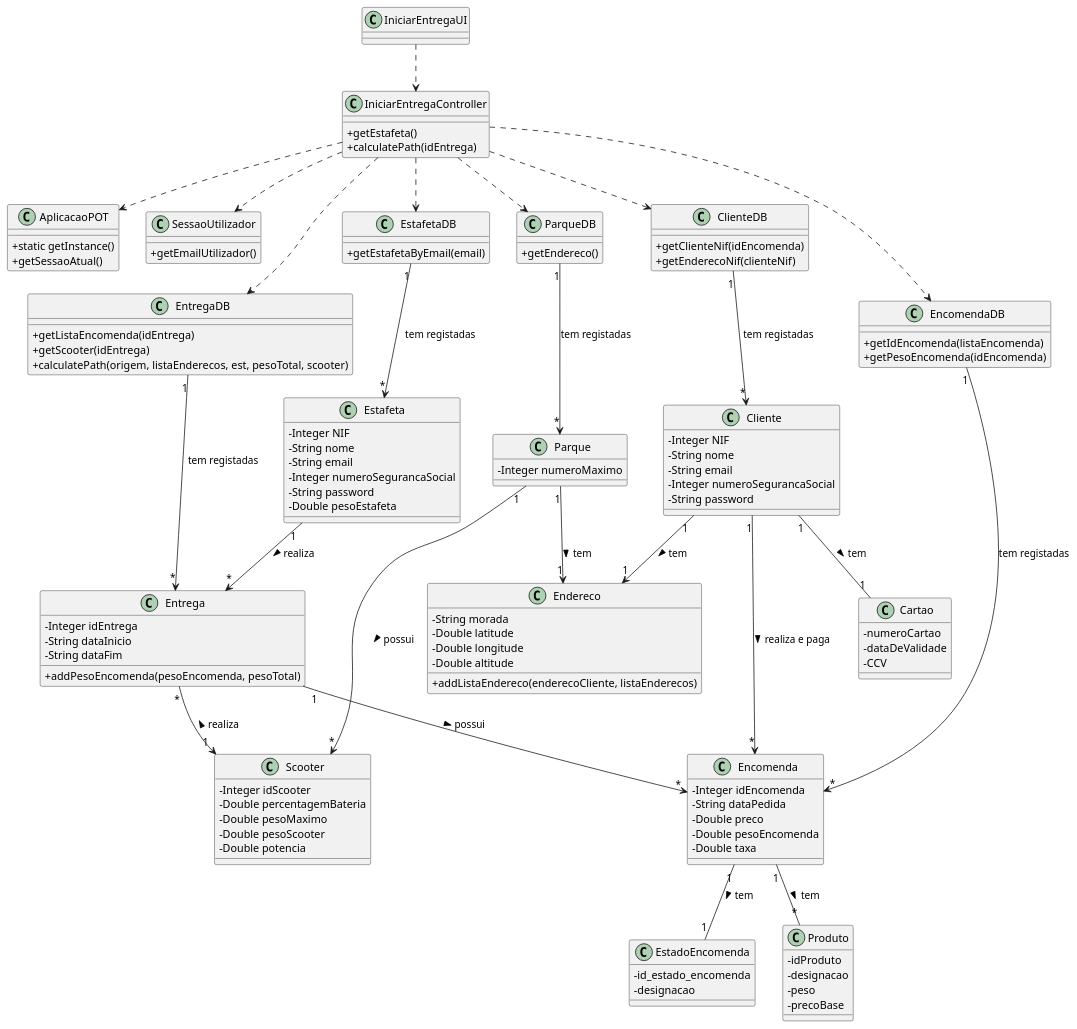
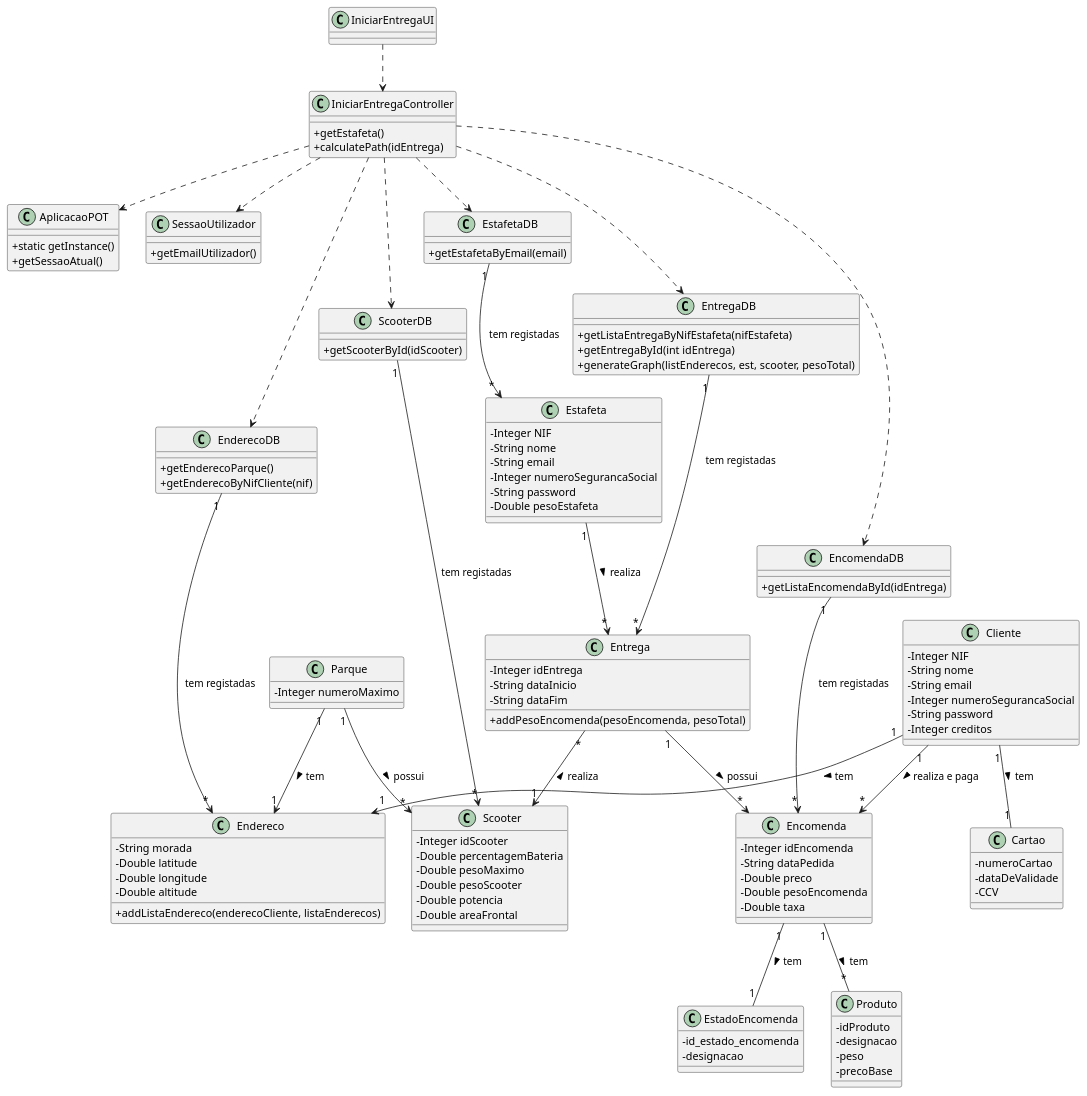
Before and after one commit to pedrolemos4/LAPR3: the diagram in docs/UC22/IniciaEntregaCD.puml, drawn with PlantUML. The commit also changed 7 other files, not shown here.

```diff
--- a/docs/UC22/IniciaEntregaCD.puml
+++ b/docs/UC22/IniciaEntregaCD.puml
@@ -1,142 +1,144 @@
 @startuml
 skinparam classAttributeIconSize 0
 
 class AplicacaoPOT{
   +static getInstance()
   +getSessaoAtual()
 }
 
 class SessaoUtilizador{
   +getEmailUtilizador()
 }
 
-class ParqueDB {
-  +getEndereco()
+class EnderecoDB {
+  +getEnderecoParque()
+  +getEnderecoByNifCliente(nif)
+}
+
+class ScooterDB {
+  +getScooterById(idScooter)
 }
 
 class EncomendaDB {
-  +getIdEncomenda(listaEncomenda)
-  +getPesoEncomenda(idEncomenda)
+  +getListaEncomendaById(idEntrega)
 }
 
 class Entrega {
   -Integer idEntrega
   -String dataInicio
   -String dataFim
   +addPesoEncomenda(pesoEncomenda, pesoTotal)
 }
 
 class EntregaDB {
-  +getListaEncomenda(idEntrega)
-  +getScooter(idEntrega)
-  +calculatePath(origem, listaEnderecos, est, pesoTotal, scooter)
+  +getListaEntregaByNifEstafeta(nifEstafeta)
+  +getEntregaById(int idEntrega)
+  +generateGraph(listEnderecos, est, scooter, pesoTotal)
 }
 
 class EstafetaDB {
   +getEstafetaByEmail(email)
 }
 
 class IniciarEntregaController {
   +getEstafeta()
   +calculatePath(idEntrega)
 }
 
 class IniciarEntregaUI {
 }
 
 class Encomenda {
   -Integer idEncomenda
   -String dataPedida
   -Double preco
   -Double pesoEncomenda
   -Double taxa
 }
 
 class Estafeta {
   -Integer NIF
   -String nome
   -String email
   -Integer numeroSegurancaSocial
   -String password
   -Double pesoEstafeta
 }
 
 class Scooter {
   -Integer idScooter
   -Double percentagemBateria
   -Double pesoMaximo
   -Double pesoScooter
   -Double potencia
+  -Double areaFrontal
 }
 
 class Endereco {
   -String morada
   -Double latitude
   -Double longitude
   -Double altitude
   +addListaEndereco(enderecoCliente, listaEnderecos)
 }
 
 class Parque {
   -Integer numeroMaximo
 }
 
 class Cliente {
   -Integer NIF
   -String nome
   -String email
   -Integer numeroSegurancaSocial
   -String password
+  -Integer creditos
 }
 
-class ClienteDB {
-  +getClienteNif(idEncomenda)
-  +getEnderecoNif(clienteNif)
-}
 
 class Cartao {
   -numeroCartao
   -dataDeValidade
   -CCV
 }
 
 class EstadoEncomenda {
   -id_estado_encomenda
   -designacao
 }
 
 class Produto {
   -idProduto
   -designacao
   -peso
   -precoBase
 }
 
 IniciarEntregaUI ..> IniciarEntregaController
 
 IniciarEntregaController ..> EstafetaDB
-IniciarEntregaController ..> ParqueDB
-IniciarEntregaController ..> ClienteDB
+IniciarEntregaController ..> EnderecoDB
+IniciarEntregaController ..> ScooterDB
 IniciarEntregaController ..> EntregaDB
 IniciarEntregaController ..> EncomendaDB
 IniciarEntregaController ..> AplicacaoPOT
 IniciarEntregaController ..> SessaoUtilizador
 
 EntregaDB "1" --> "*" Entrega : tem registadas
 EstafetaDB "1" --> "*" Estafeta : tem registadas
 EncomendaDB "1" --> "*" Encomenda : tem registadas
-ParqueDB "1" --> "*" Parque : tem registadas
-ClienteDB "1" --> "*" Cliente : tem registadas
+EnderecoDB "1" --> "*" Endereco : tem registadas
+ScooterDB "1" --> "*" Scooter : tem registadas
 
 Cliente "1" -- "1" Cartao : tem >
 Parque "1" --> "*" Scooter: possui >
 Parque "1" --> "1" Endereco: tem >
 Entrega "1" --> "*" Encomenda : possui >
 Estafeta "1" --> "*" Entrega: realiza >
 Entrega "*" --> "1" Scooter: realiza <
 Cliente "1" --> "1" Endereco: tem >
 Cliente "1" --> "*" Encomenda: realiza e paga >
 Encomenda "1" -- "1" EstadoEncomenda : tem >
 Encomenda "1" -- "*" Produto: tem >
 
 @enduml
```
